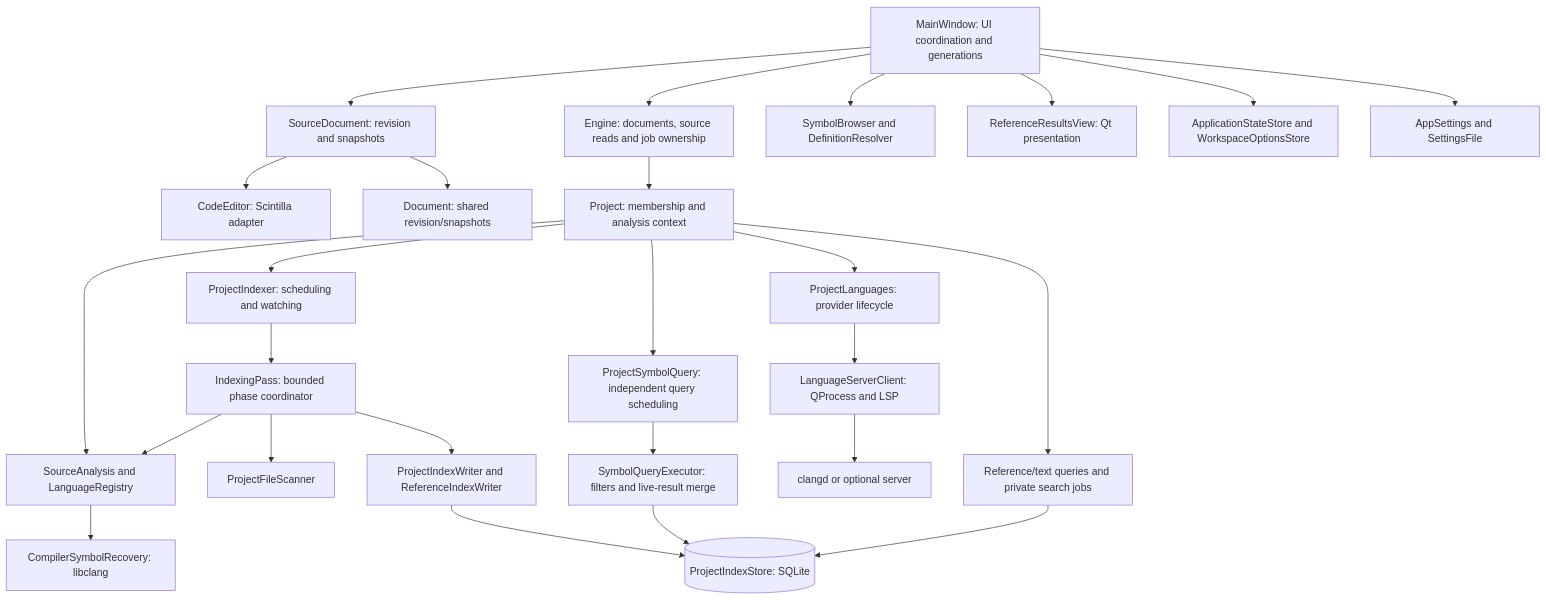
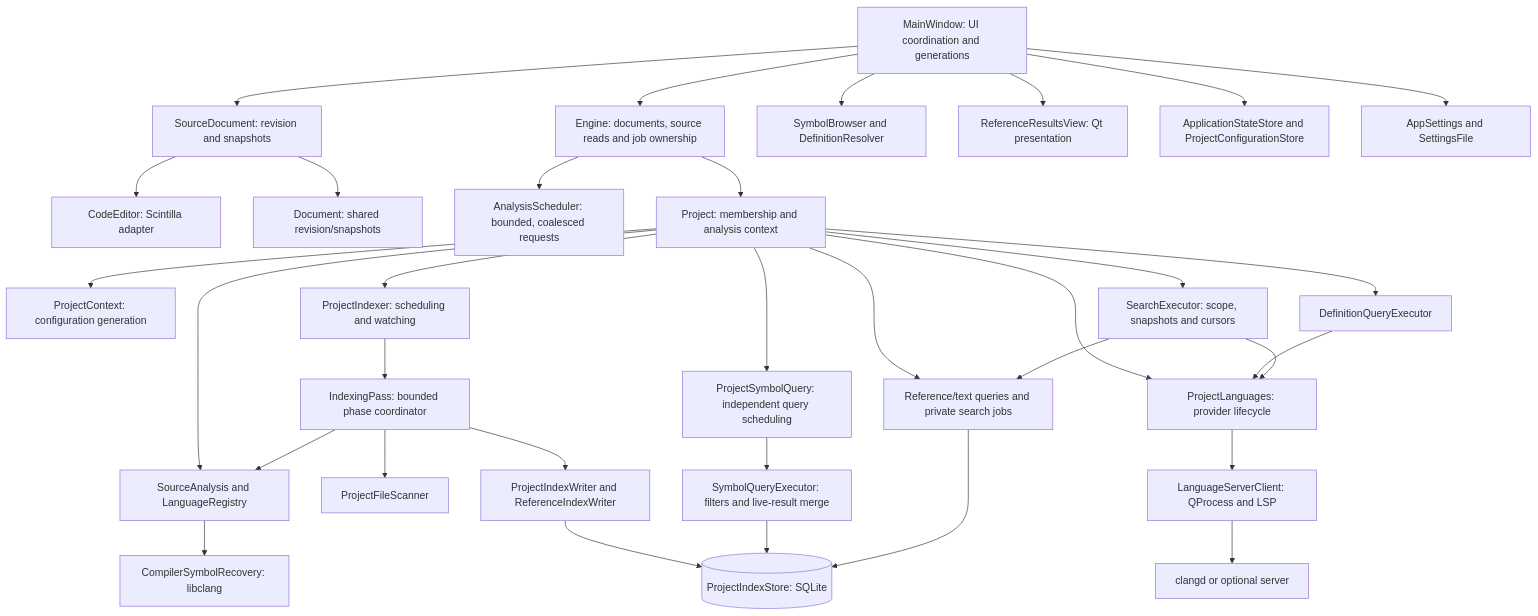
The first of 4 diagrams in docs/DEVELOPER_GUIDE.md (deepak-rawat/codecairn), drawn with Mermaid before and after one commit. The commit also changed other lines of this file and 112 other files, not shown here.

````diff
--- a/docs/DEVELOPER_GUIDE.md
+++ b/docs/DEVELOPER_GUIDE.md
@@ -158,28 +158,35 @@
 ```mermaid
 flowchart TD
     UI["MainWindow: UI coordination and generations"] --> DOC["SourceDocument: revision and snapshots"]
     DOC --> EDIT["CodeEditor: Scintilla adapter"]
     DOC --> TEXT["Document: shared revision/snapshots"]
     UI --> ENGINE["Engine: documents, source reads and job ownership"]
+    ENGINE --> ANALYSIS["AnalysisScheduler: bounded, coalesced requests"]
     ENGINE --> SERVICES["Project: membership and analysis context"]
+    SERVICES --> CONTEXT["ProjectContext: configuration generation"]
     SERVICES --> PARSE["SourceAnalysis and LanguageRegistry"]
     PARSE --> COMP["CompilerSymbolRecovery: libclang"]
     SERVICES --> INDEX["ProjectIndexer: scheduling and watching"]
     INDEX --> BUILD["IndexingPass: bounded phase coordinator"]
     BUILD --> SCAN["ProjectFileScanner"]
     SERVICES --> QUERY["ProjectSymbolQuery: independent query scheduling"]
     QUERY --> SQLQUERY["SymbolQueryExecutor: filters and live-result merge"]
     BUILD --> PARSE
     BUILD --> WRITE["ProjectIndexWriter and ReferenceIndexWriter"]
     WRITE --> DB[("ProjectIndexStore: SQLite")]
     SQLQUERY --> DB
     SERVICES --> LANG["ProjectLanguages: provider lifecycle"]
     LANG --> LSP["LanguageServerClient: QProcess and LSP"]
     LSP --> SERVER["clangd or optional server"]
     UI --> BROWSER["SymbolBrowser and DefinitionResolver"]
     SERVICES --> REFS["Reference/text queries and private search jobs"]
+    SERVICES --> DEFINITIONS["DefinitionQueryExecutor"]
+    SERVICES --> SEARCH["SearchExecutor: scope, snapshots and cursors"]
+    DEFINITIONS --> LANG
+    SEARCH --> LANG
+    SEARCH --> REFS
     REFS --> DB
     UI --> RESULTS["ReferenceResultsView: Qt presentation"]
-    UI --> STATE["ApplicationStateStore and WorkspaceOptionsStore"]
+    UI --> STATE["ApplicationStateStore and ProjectConfigurationStore"]
     UI --> SETTINGS["AppSettings and SettingsFile"]
 ```
````
